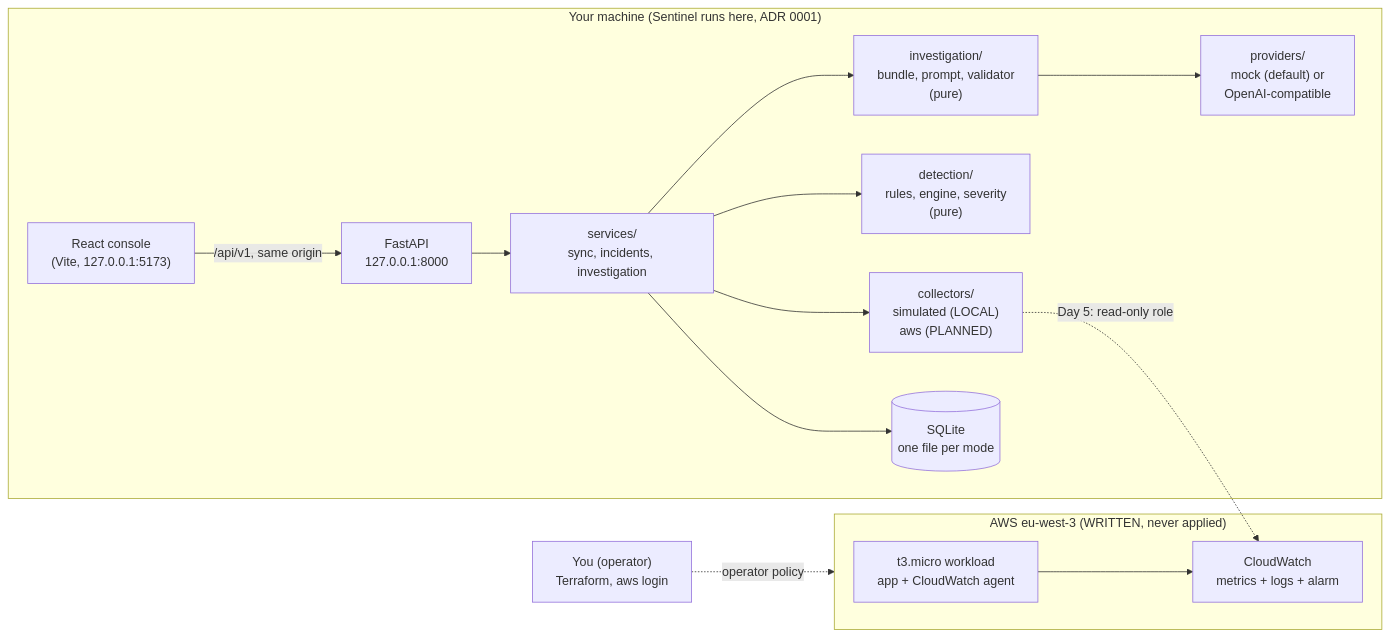
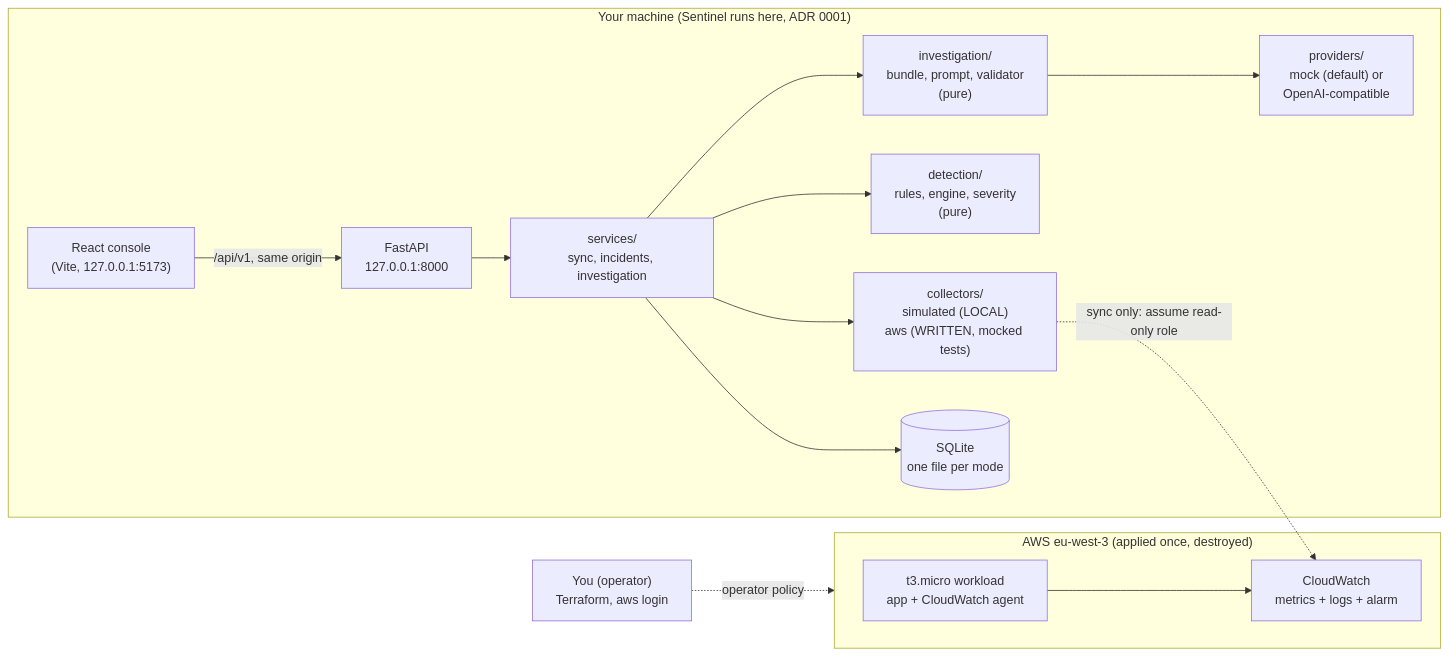
Before and after one commit to 777Youness/cloudops-sentinel: the first of 2 diagrams in docs/PROJECT-MASTERY.md, drawn with Mermaid. The commit also changed other lines of this file and 50 other files, not shown here.

````diff
--- a/docs/PROJECT-MASTERY.md
+++ b/docs/PROJECT-MASTERY.md
@@ -54,17 +57,17 @@
 ```mermaid
 flowchart LR
   subgraph Local["Your machine (Sentinel runs here, ADR 0001)"]
     UI["React console<br/>(Vite, 127.0.0.1:5173)"] -->|/api/v1, same origin| API["FastAPI<br/>127.0.0.1:8000"]
     API --> SVC["services/<br/>sync, incidents, investigation"]
-    SVC --> COL["collectors/<br/>simulated (LOCAL)<br/>aws (PLANNED)"]
+    SVC --> COL["collectors/<br/>simulated (LOCAL)<br/>aws (WRITTEN, mocked tests)"]
     SVC --> DET["detection/<br/>rules, engine, severity<br/>(pure)"]
     SVC --> INV["investigation/<br/>bundle, prompt, validator<br/>(pure)"]
     INV --> LLM["providers/<br/>mock (default) or<br/>OpenAI-compatible"]
     SVC --> DB[("SQLite<br/>one file per mode")]
   end
-  subgraph AWS["AWS eu-west-3 (WRITTEN, never applied)"]
+  subgraph AWS["AWS eu-west-3 (applied once, destroyed)"]
     EC2["t3.micro workload<br/>app + CloudWatch agent"] --> CW["CloudWatch<br/>metrics + logs + alarm"]
   end
-  COL -.->|"Day 5: read-only role"| CW
+  COL -.->|"sync only: assume read-only role"| CW
   OP["You (operator)<br/>Terraform, aws login"] -.->|operator policy| AWS
 ```
````
